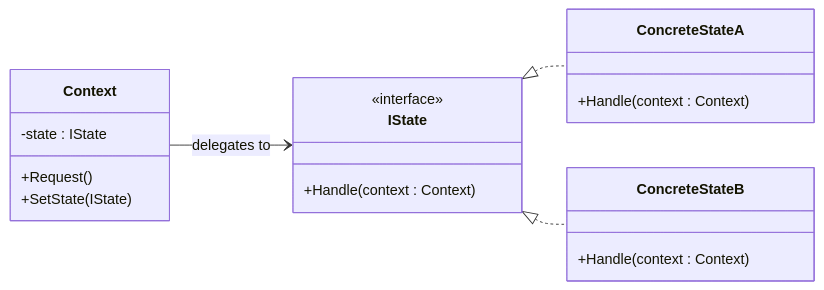
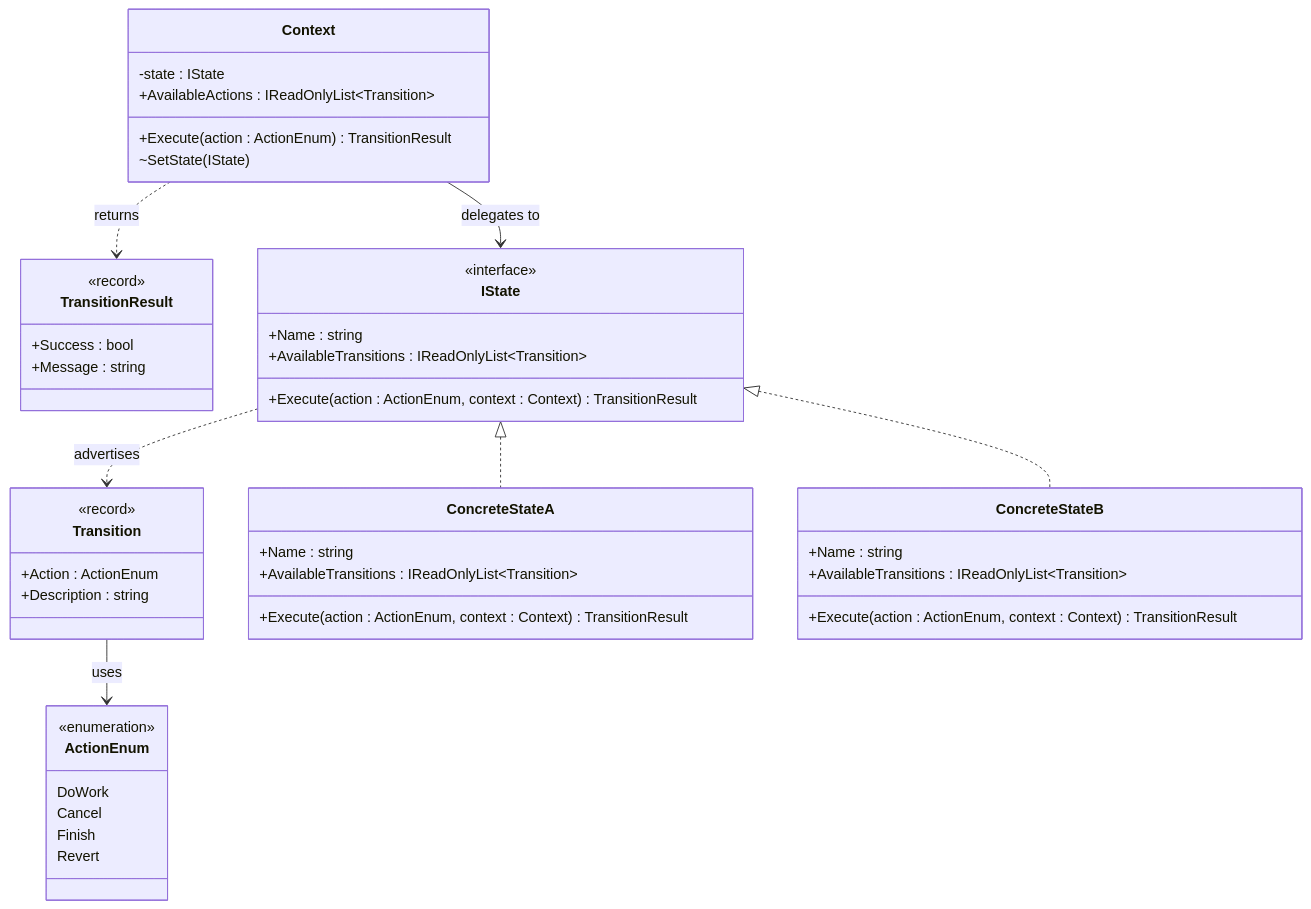
Before and after one commit to jeff-adkisson/swe-4743-spring-2026-oo-design: the sixth of 19 diagrams in presentations/12-state-machine-pattern.md, drawn with Mermaid. The commit also changed other lines of this file, not shown here.

````diff
--- a/presentations/12-state-machine-pattern.md
+++ b/presentations/12-state-machine-pattern.md
@@ -202,26 +215,56 @@
 ```mermaid
 classDiagram
- 		direction LR
+    direction TB
+    class ActionEnum {
+        <<enumeration>>
+        DoWork
+        Cancel
+        Finish
+        Revert
+    }
+
+    class Transition {
+        <<record>>
+        +Action : ActionEnum
+        +Description : string
+    }
+
+    class TransitionResult {
+        <<record>>
+        +Success : bool
+        +Message : string
+    }
+
     class Context {
         -state : IState
-        +Request()
-        +SetState(IState)
+        +AvailableActions : IReadOnlyList~Transition~
+        +Execute(action : ActionEnum) TransitionResult
+        ~SetState(IState)
     }
 
     class IState {
         <<interface>>
-        +Handle(context : Context)
+        +Name : string
+        +AvailableTransitions : IReadOnlyList~Transition~
+        +Execute(action : ActionEnum, context : Context) TransitionResult
     }
 
     class ConcreteStateA {
-        +Handle(context : Context)
+        +Name : string
+        +AvailableTransitions : IReadOnlyList~Transition~
+        +Execute(action : ActionEnum, context : Context) TransitionResult
     }
 
     class ConcreteStateB {
-        +Handle(context : Context)
+        +Name : string
+        +AvailableTransitions : IReadOnlyList~Transition~
+        +Execute(action : ActionEnum, context : Context) TransitionResult
     }
 
     Context --> IState : delegates to
+    Context ..> TransitionResult : returns
+    IState ..> Transition : advertises
+    Transition --> ActionEnum : uses
     IState <|.. ConcreteStateA
     IState <|.. ConcreteStateB
 ```
````
